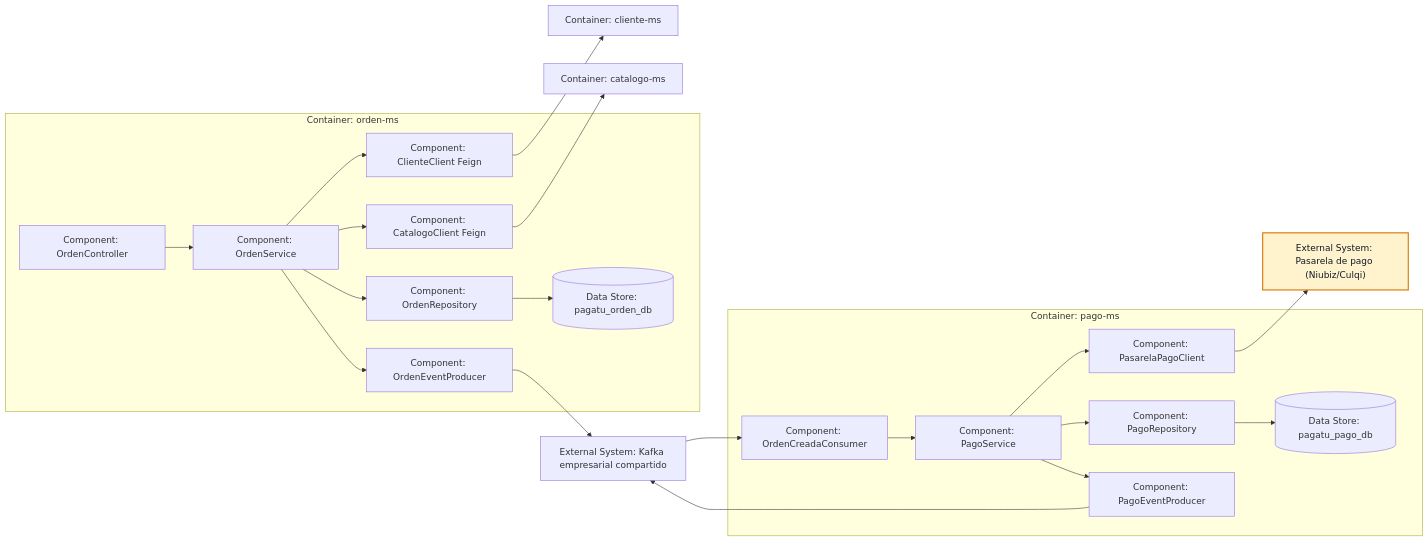
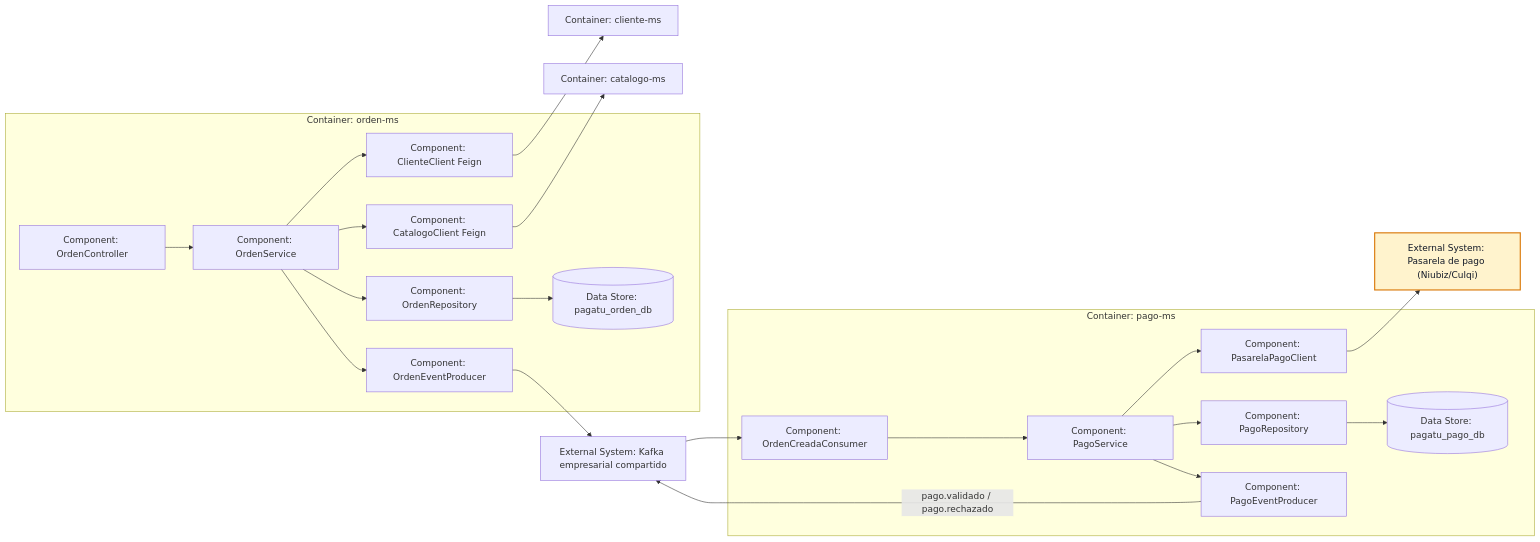
Before and after one commit to 262dist/pagatu: the tenth of 17 diagrams in README_02_ARQUITECTURA_DETALLADA.md, drawn with Mermaid. The commit also changed other lines of this file, not shown here.

````diff
--- a/README_02_ARQUITECTURA_DETALLADA.md
+++ b/README_02_ARQUITECTURA_DETALLADA.md
@@ -331,44 +332,44 @@
 ```mermaid
 flowchart LR
     subgraph orden["Container: orden-ms"]
         ordenController["Component: OrdenController"]
         ordenService["Component: OrdenService"]
         clienteClient["Component: ClienteClient Feign"]
         catalogoClient["Component: CatalogoClient Feign"]
         ordenProducer["Component: OrdenEventProducer"]
         ordenRepo["Component: OrdenRepository"]
         ordenDb[(Data Store: pagatu_orden_db)]
 
         ordenController --> ordenService
         ordenService --> clienteClient
         ordenService --> catalogoClient
         ordenService --> ordenRepo
         ordenService --> ordenProducer
         ordenRepo --> ordenDb
     end
 
     subgraph pago["Container: pago-ms"]
         pagoConsumer["Component: OrdenCreadaConsumer"]
         pagoService["Component: PagoService"]
         pasarelaClient["Component: PasarelaPagoClient"]
         pagoProducer["Component: PagoEventProducer"]
         pagoRepo["Component: PagoRepository"]
         pagoDb[(Data Store: pagatu_pago_db)]
 
         pagoConsumer --> pagoService
         pagoService --> pasarelaClient
         pagoService --> pagoRepo
         pagoService --> pagoProducer
         pagoRepo --> pagoDb
     end
 
     clienteClient --> cliente["Container: cliente-ms"]
     catalogoClient --> catalogo["Container: catalogo-ms"]
     ordenProducer --> kafka["External System: Kafka empresarial compartido"]
     kafka --> pagoConsumer
-    pagoProducer --> kafka
+    pagoProducer -- pago.validado / pago.rechazado --> kafka
     pasarelaClient --> pasarela["External System: Pasarela de pago (Niubiz/Culqi)"]
 
     classDef external fill:#fff3cd,stroke:#d97706,stroke-width:2px,color:#111827
     class pasarela external
 ```
````
